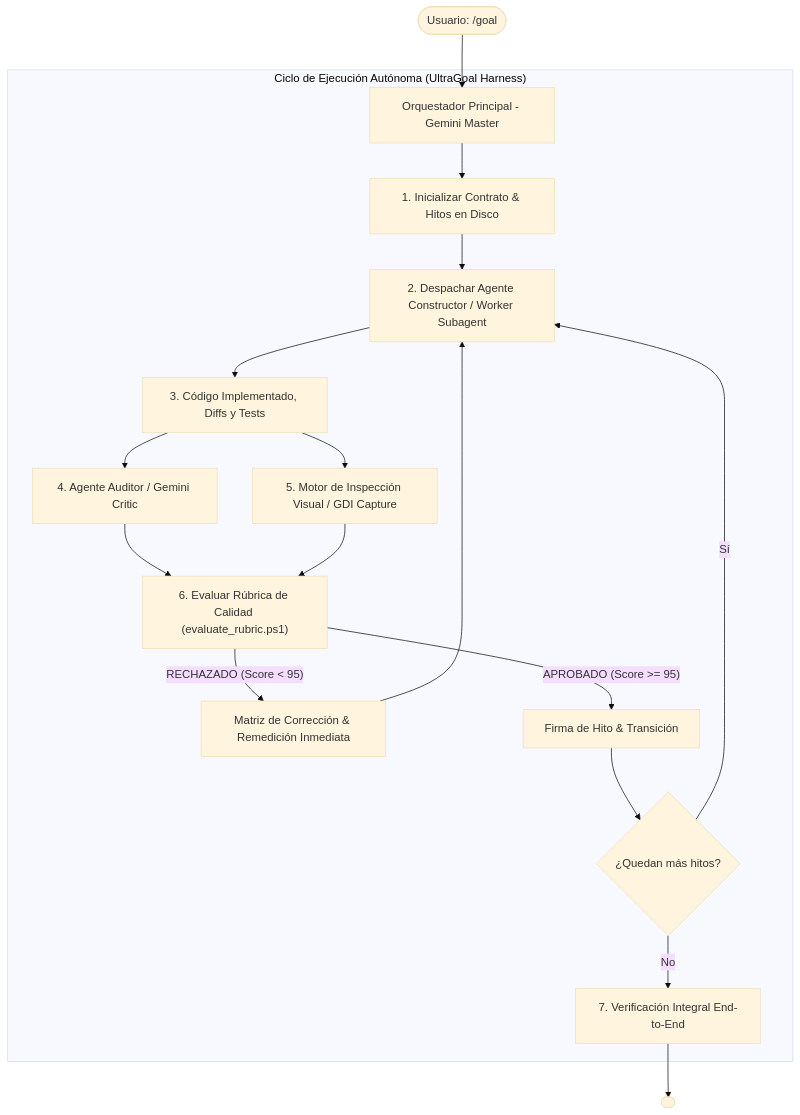
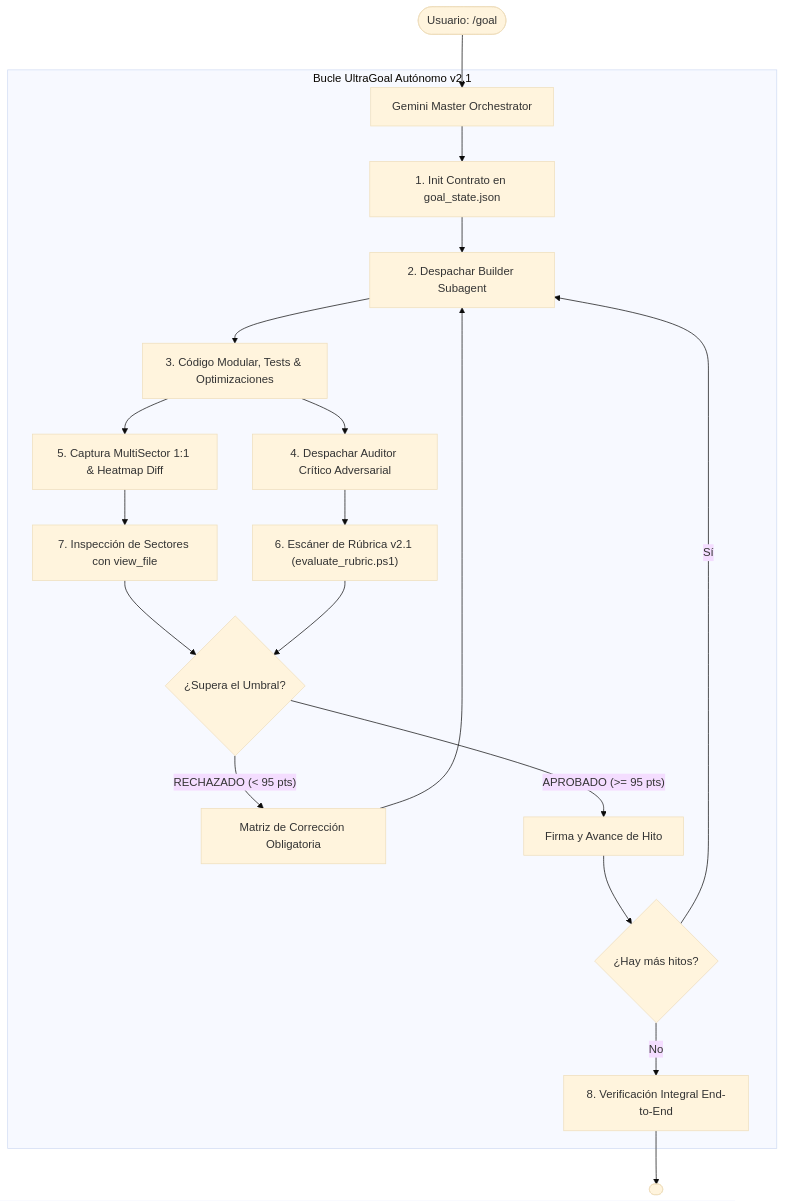
The diagram in SKILL.md (BryanGM12/antigravity-ultra-goal), drawn with Mermaid (base theme) before and after one commit. The commit also changed other lines of this file and 6 other files, not shown here.

Commit message:
feat(v2.1.0): implement Adversarial Visual Scrutiny (AVS), 1:1 multi-sector crops, interactive visual differencing (compare_visuals), and render performance anti-stutter gate

````diff
--- a/SKILL.md
+++ b/SKILL.md
@@ -21,26 +70,29 @@
 ```mermaid
 graph TD
-    User([Usuario: /goal <objetivo>]) --> Orchestrator[Orquestador Principal - Gemini Master]
+    User([Usuario: /goal <objetivo>]) --> Orchestrator[Gemini Master Orchestrator]
     
-    subgraph "Ciclo de Ejecución Autónoma (UltraGoal Harness)"
-        Orchestrator --> StateInit[1. Inicializar Contrato & Hitos en Disco]
-        StateInit --> Builder[2. Despachar Agente Constructor / Worker Subagent]
-        Builder --> Deliverable[3. Código Implementado, Diffs y Tests]
+    subgraph "Bucle UltraGoal Autónomo v2.1"
+        Orchestrator --> State[1. Init Contrato en goal_state.json]
+        State --> Worker[2. Despachar Builder Subagent]
+        Worker --> Code[3. Código Modular, Tests & Optimizaciones]
         
-        Deliverable --> Auditor[4. Agente Auditor / Gemini Critic]
-        Deliverable --> Vision[5. Motor de Inspección Visual / GDI Capture]
+        Code --> Auditor[4. Despachar Auditor Crítico Adversarial]
+        Code --> Vision[5. Captura MultiSector 1:1 & Heatmap Diff]
         
-        Auditor --> Rubric["6. Evaluar Rúbrica de Calidad (evaluate_rubric.ps1)"]
-        Vision --> Rubric
+        Auditor --> Rubric["6. Escáner de Rúbrica v2.1 (evaluate_rubric.ps1)"]
+        Vision --> SectorInspection["7. Inspección de Sectores con view_file"]
         
-        Rubric -- "RECHAZADO (Score < 95)" --> Remediation[Matriz de Corrección & Remedición Inmediata]
-        Remediation --> Builder
+        SectorInspection --> QualityGate{¿Supera el Umbral?}
+        Rubric --> QualityGate
         
-        Rubric -- "APROBADO (Score >= 95)" --> MilestoneApproval[Firma de Hito & Transición]
-        MilestoneApproval --> NextMilestone{¿Quedan más hitos?}
-        NextMilestone -- Sí --> Builder
-        NextMilestone -- No --> FinalVerification[7. Verificación Integral End-to-End]
+        QualityGate -- "RECHAZADO (< 95 pts)" --> Remediation[Matriz de Corrección Obligatoria]
+        Remediation --> Worker
+        
+        QualityGate -- "APROBADO (>= 95 pts)" --> Advance[Firma y Avance de Hito]
+        Advance --> More{¿Hay más hitos?}
+        More -- Sí --> Worker
+        More -- No --> EndToEnd[8. Verificación Integral End-to-End]
     end
     
-    FinalVerification --> GoalComplete([<!-- GOAL_COMPLETE -->])
+    EndToEnd --> Complete([<!-- GOAL_COMPLETE -->])
 ```
````
